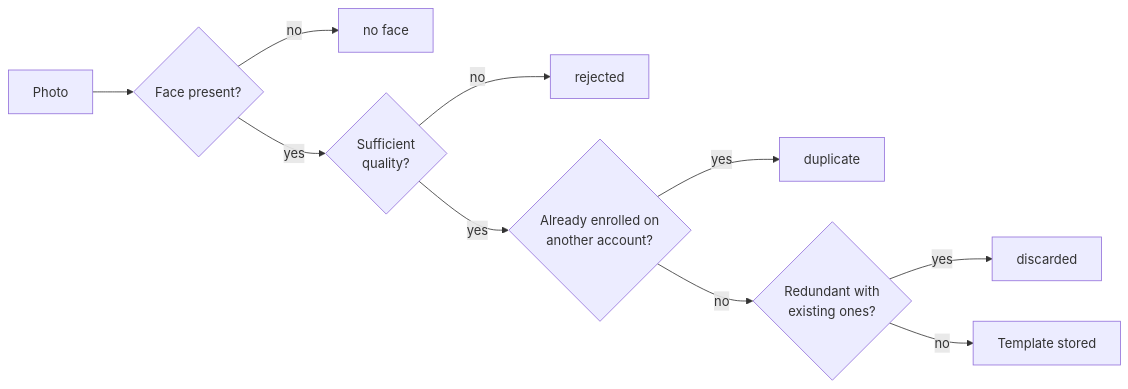
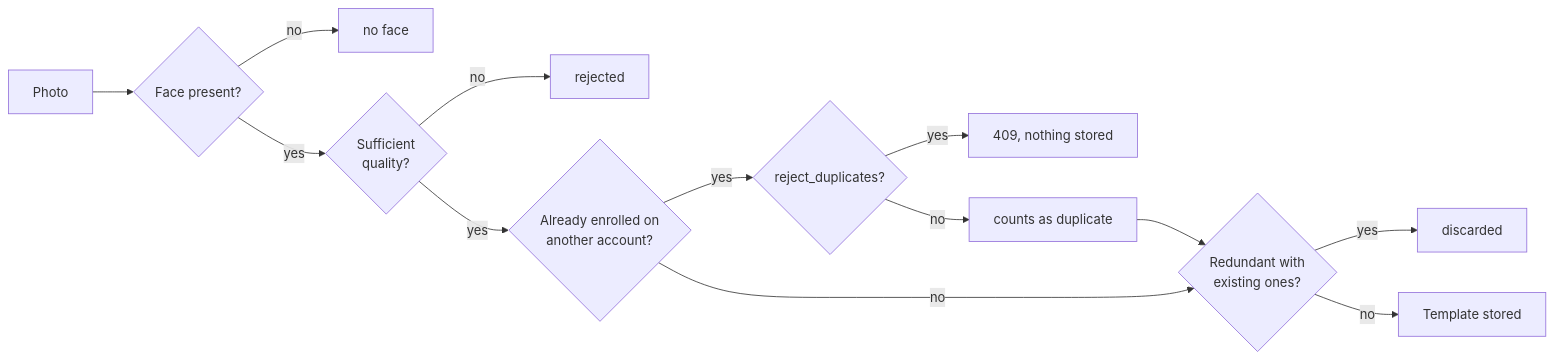
Before and after one commit to AIWaveSystems/biometric-service-py: the diagram in docs/api/usuarios.en.md, drawn with Mermaid. The commit also changed other lines of this file and 4 other files, not shown here.

Commit message:
docs(api): align face duplicate and template-limit docs with the implementation

````diff
--- a/docs/api/usuarios.en.md
+++ b/docs/api/usuarios.en.md
@@ -167,12 +172,15 @@
 ```mermaid
 flowchart LR
     A[Photo] --> B{Face present?}
     B -->|no| X1[no face]
     B -->|yes| C{Sufficient<br/>quality?}
     C -->|no| X2[rejected]
     C -->|yes| D{Already enrolled on<br/>another account?}
-    D -->|yes| X4[duplicate]
-    D -->|no| E{Redundant with<br/>existing ones?}
-    E -->|yes| X3[discarded]
-    E -->|no| F[Template stored]
+    D -->|yes| E1{reject_duplicates?}
+    E1 -->|yes| E2[409, nothing stored]
+    E1 -->|no| E3[counts as duplicate]
+    D -->|no| F{Redundant with<br/>existing ones?}
+    F -->|yes| X3[discarded]
+    F -->|no| G[Template stored]
+    E3 --> F
 ```
````
